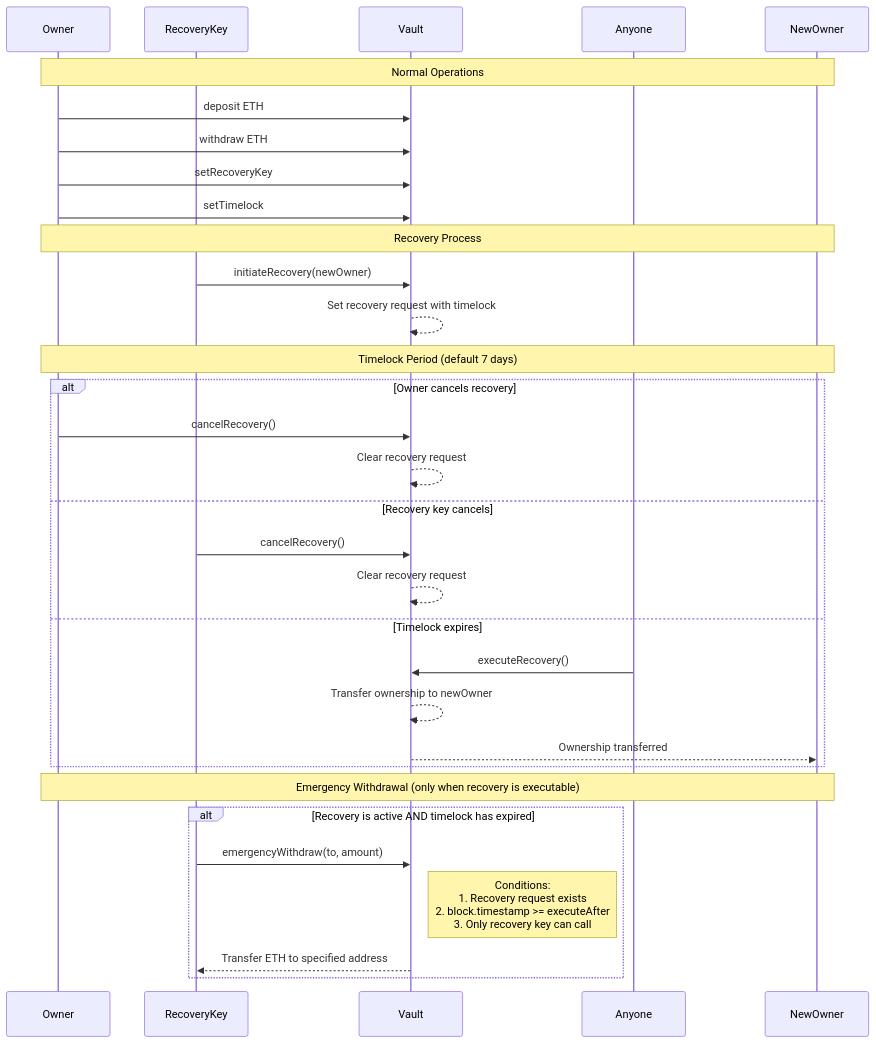
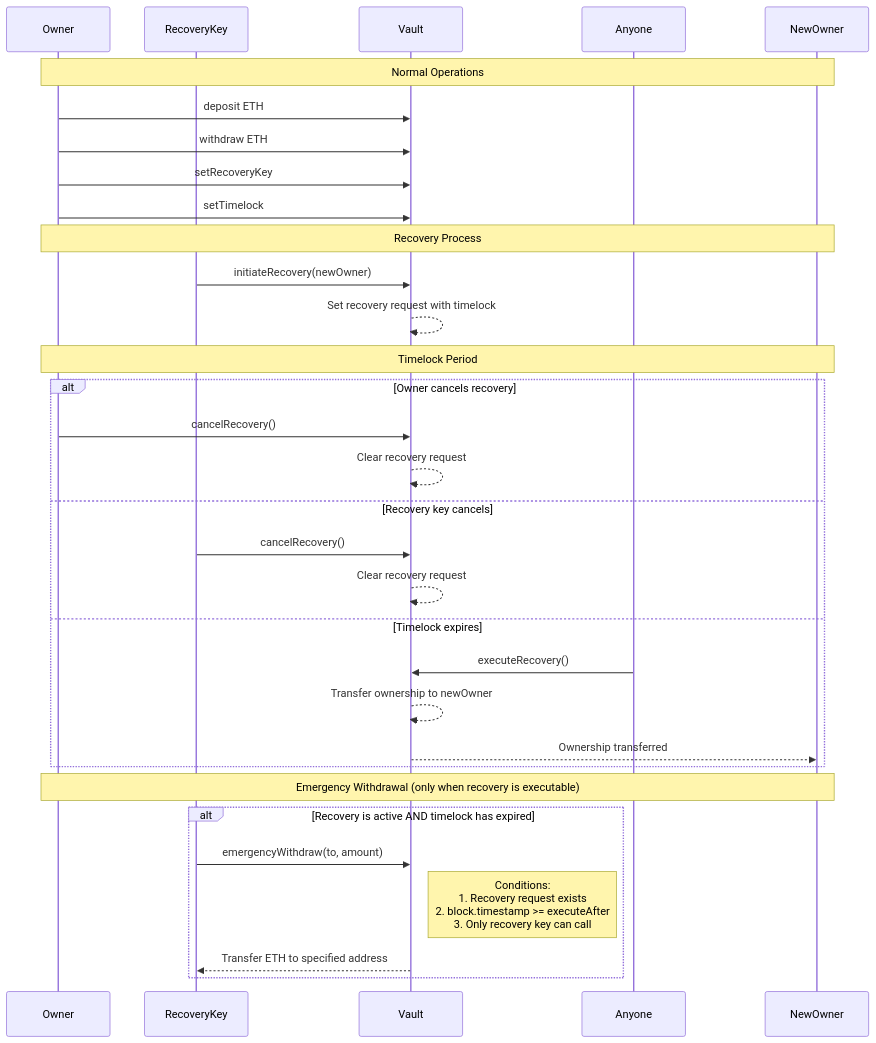
One commit to rarimo/demo-recovery-contracts changed the diagram in README.md. Above: the diagram before and after it, drawn with Mermaid.

````diff
--- a/README.md
+++ b/README.md
@@ -8,39 +8,39 @@
 ```mermaid
 sequenceDiagram
     participant Owner
     participant RecoveryKey
     participant Vault
     participant Anyone
     participant NewOwner
 
     Note over Owner,NewOwner: Normal Operations
     Owner->>Vault: deposit ETH
     Owner->>Vault: withdraw ETH
     Owner->>Vault: setRecoveryKey
     Owner->>Vault: setTimelock
 
     Note over Owner,NewOwner: Recovery Process
     RecoveryKey->>Vault: initiateRecovery(newOwner)
     Vault-->>Vault: Set recovery request with timelock
     
-    Note over Owner,NewOwner: Timelock Period (default 7 days)
+    Note over Owner,NewOwner: Timelock Period
     
     alt Owner cancels recovery
         Owner->>Vault: cancelRecovery()
         Vault-->>Vault: Clear recovery request
     else Recovery key cancels
         RecoveryKey->>Vault: cancelRecovery()
         Vault-->>Vault: Clear recovery request
     else Timelock expires
         Anyone->>Vault: executeRecovery()
         Vault-->>Vault: Transfer ownership to newOwner
         Vault-->>NewOwner: Ownership transferred
     end
 
     Note over Owner,NewOwner: Emergency Withdrawal (only when recovery is executable)
     alt Recovery is active AND timelock has expired
         RecoveryKey->>Vault: emergencyWithdraw(to, amount)
         Note right of Vault: Conditions:<br/>1. Recovery request exists<br/>2. block.timestamp >= executeAfter<br/>3. Only recovery key can call
         Vault-->>RecoveryKey: Transfer ETH to specified address
     end
 ```
````
